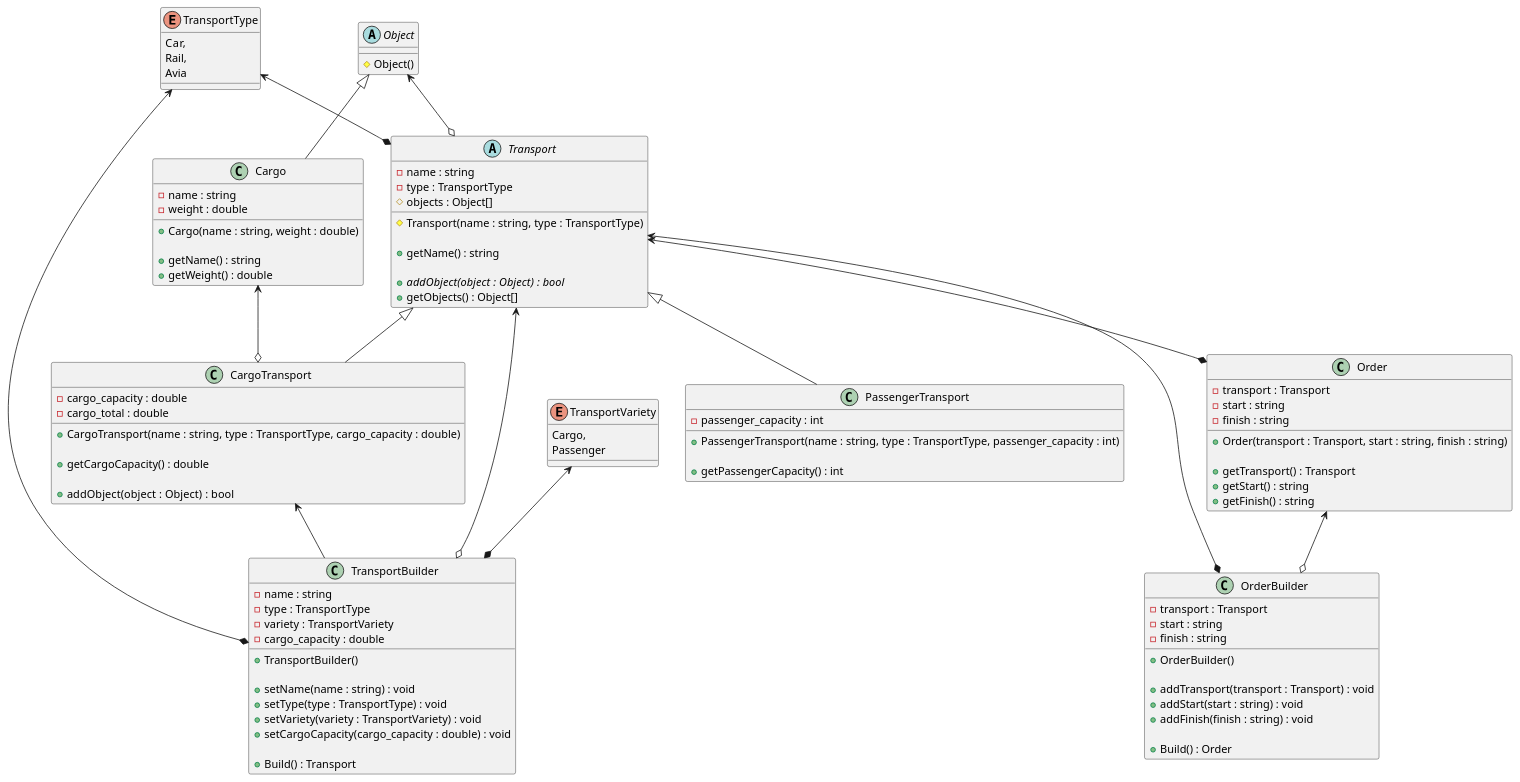
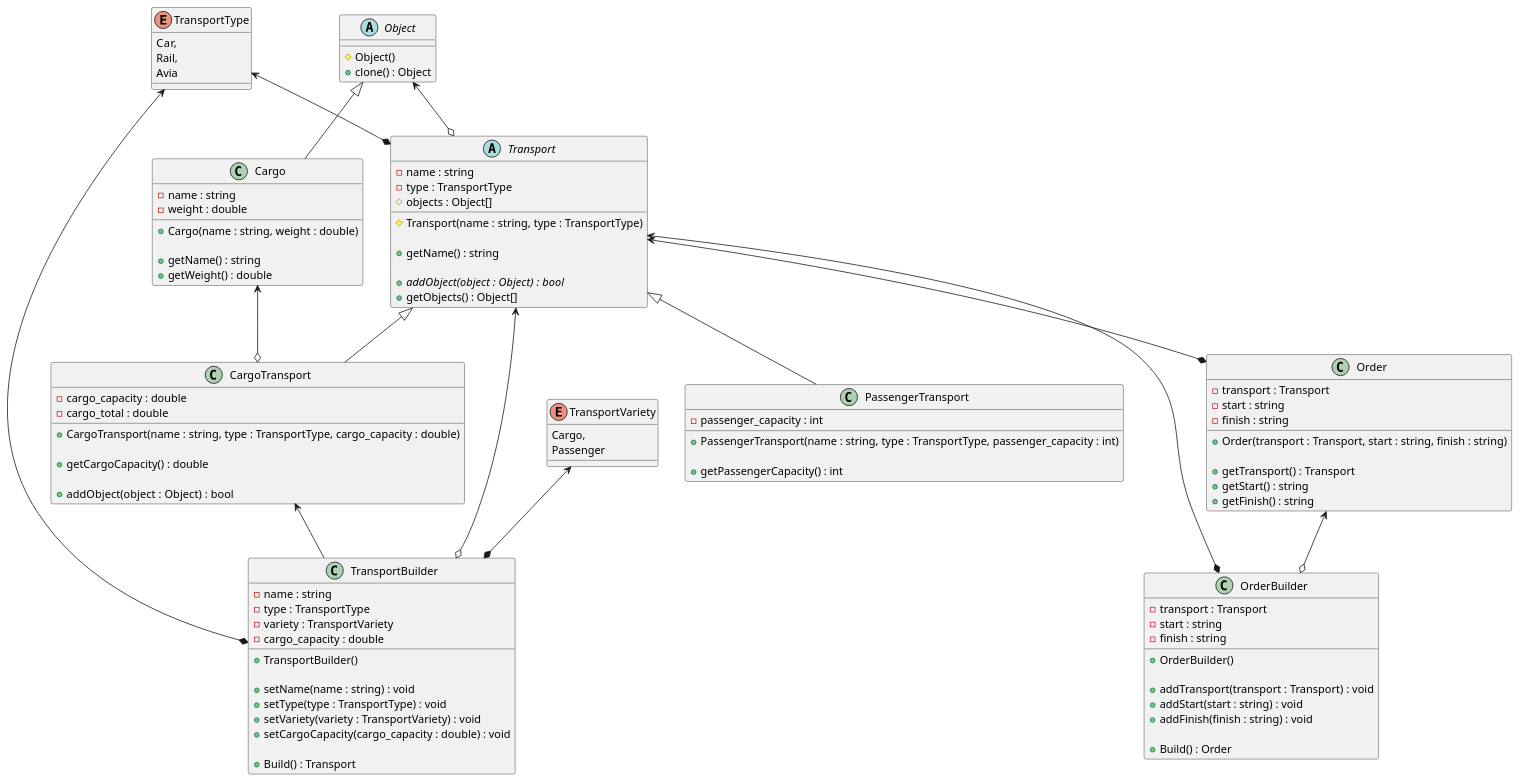
One commit to it-top-shambala/TransportCompany_ changed the diagram in class_diagram.puml. Above: the diagram before and after it, drawn with PlantUML. The commit also changed 2 other files, not shown here.

Commit message:
Update class Object (add clone())

```diff
--- a/class_diagram.puml
+++ b/class_diagram.puml
@@ -1,118 +1,119 @@
 @startuml
 'https://plantuml.com/class-diagram
 
 enum TransportType {
 Car,
 Rail,
 Avia
 }
 
 abstract class Object {
 # Object()
++ clone() : Object
 }
 
 Object <|-- Cargo
 class Cargo {
 - name : string
 - weight : double
 
 + Cargo(name : string, weight : double)
 
 + getName() : string
 + getWeight() : double
 }
 
 
 TransportType <--* Transport
 Object <--o Transport
 abstract class Transport {
 - name : string
 - type : TransportType
 # objects : Object[]
 
 # Transport(name : string, type : TransportType)
 
 + getName() : string
 
 + {abstract} addObject(object : Object) :  bool
 + getObjects() : Object[]
 }
 
 Transport <|-- CargoTransport
 Cargo <--o CargoTransport
 class CargoTransport {
 - cargo_capacity : double
 - cargo_total : double
 
 + CargoTransport(name : string, type : TransportType, cargo_capacity : double)
 
 + getCargoCapacity() : double
 
 + addObject(object : Object) :  bool
 }
 
 Transport <|-- PassengerTransport
 class PassengerTransport {
 - passenger_capacity : int
 
 + PassengerTransport(name : string, type : TransportType, passenger_capacity : int)
 
 + getPassengerCapacity() : int
 }
 
 Transport <--* Order
 class Order {
 - transport : Transport
 - start : string
 - finish : string
 
 + Order(transport : Transport, start : string, finish : string)
 
 + getTransport() : Transport
 + getStart() : string
 + getFinish() : string
 }
 
 Transport <--* OrderBuilder
 Order <--o OrderBuilder
 class OrderBuilder{
 - transport : Transport
 - start : string
 - finish : string
 
 + OrderBuilder()
 
 + addTransport(transport : Transport) : void
 + addStart(start : string) : void
 + addFinish(finish : string) : void
 
 + Build() : Order
 }
 
 enum TransportVariety {
 Cargo,
 Passenger
 }
 
 
 Transport <--o TransportBuilder
 TransportType <--* TransportBuilder
 TransportVariety <--* TransportBuilder
 CargoTransport <-- TransportBuilder
 class TransportBuilder {
 - name : string
 - type : TransportType
 - variety : TransportVariety
 - cargo_capacity : double
 
 + TransportBuilder()
 
 + setName(name : string) : void
 + setType(type : TransportType) : void
 + setVariety(variety : TransportVariety) : void
 + setCargoCapacity(cargo_capacity : double) : void
 
 + Build() : Transport
 }
 
 @enduml
```
